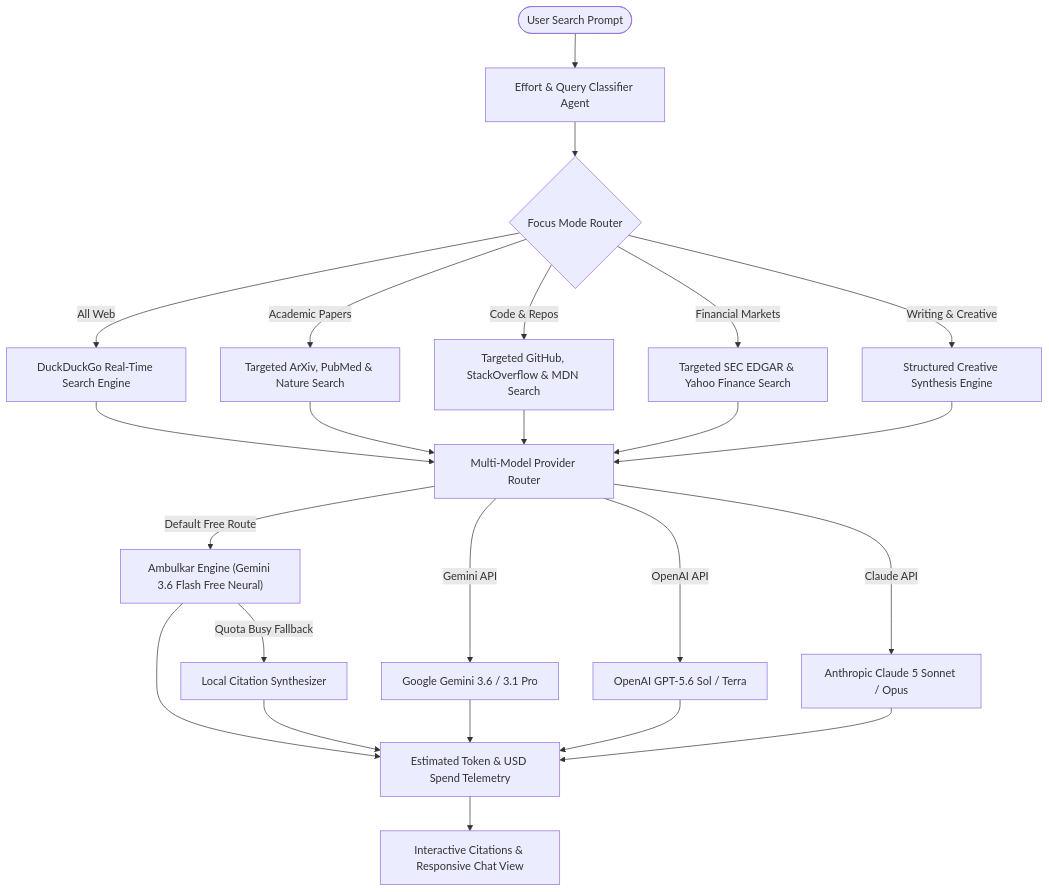
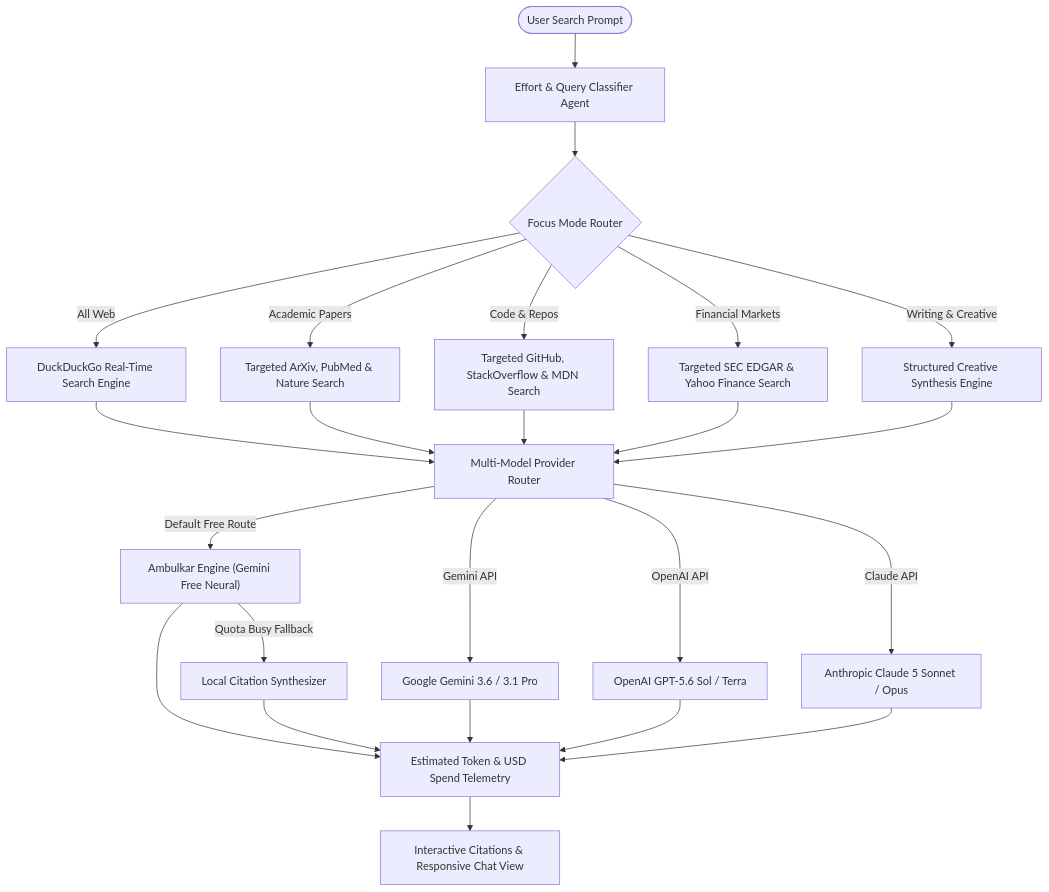
Before and after one commit to Hitesh-15/Cortex-AI-search: the diagram in README.md, drawn with Mermaid. The commit also changed 2 other files, not shown here.

Commit message:
Simplify model label to Ambulkar Engine (Gemini Free Neural)

````diff
--- a/README.md
+++ b/README.md
@@ -17,31 +17,31 @@
 ```mermaid
 flowchart TD
     User(["User Search Prompt"]) --> Classifier["Effort & Query Classifier Agent"]
     Classifier --> FocusMode{"Focus Mode Router"}
     
     FocusMode -->|All Web| ExtractDDG["DuckDuckGo Real-Time Search Engine"]
     FocusMode -->|Academic Papers| SearchArxiv["Targeted ArXiv, PubMed & Nature Search"]
     FocusMode -->|Code & Repos| SearchGithub["Targeted GitHub, StackOverflow & MDN Search"]
     FocusMode -->|Financial Markets| SearchSEC["Targeted SEC EDGAR & Yahoo Finance Search"]
     FocusMode -->|Writing & Creative| CreativeSynthesizer["Structured Creative Synthesis Engine"]
     
     ExtractDDG --> MultiModelGateway["Multi-Model Provider Router"]
     SearchArxiv --> MultiModelGateway
     SearchGithub --> MultiModelGateway
     SearchSEC --> MultiModelGateway
     CreativeSynthesizer --> MultiModelGateway
     
-    MultiModelGateway -->|Default Free Route| FreeNeuralRoute["Ambulkar Engine (Gemini 3.6 Flash Free Neural)"]
+    MultiModelGateway -->|Default Free Route| FreeNeuralRoute["Ambulkar Engine (Gemini Free Neural)"]
     MultiModelGateway -->|Gemini API| Gemini3["Google Gemini 3.6 / 3.1 Pro"]
     MultiModelGateway -->|OpenAI API| GPT5["OpenAI GPT-5.6 Sol / Terra"]
     MultiModelGateway -->|Claude API| Claude5["Anthropic Claude 5 Sonnet / Opus"]
     
     FreeNeuralRoute -->|Quota Busy Fallback| LocalSynthesizer["Local Citation Synthesizer"]
     FreeNeuralRoute --> Telemetry["Estimated Token & USD Spend Telemetry"]
     LocalSynthesizer --> Telemetry
     Gemini3 --> Telemetry
     GPT5 --> Telemetry
     Claude5 --> Telemetry
     
     Telemetry --> UI["Interactive Citations & Responsive Chat View"]
 ```
````
